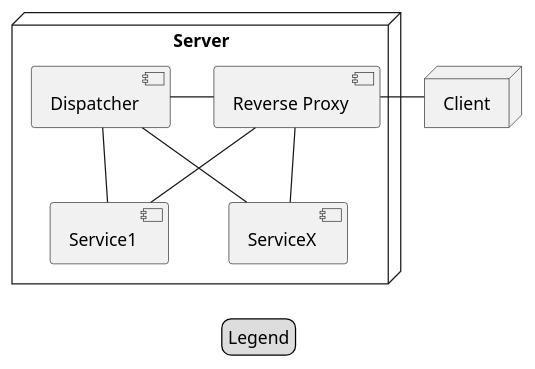
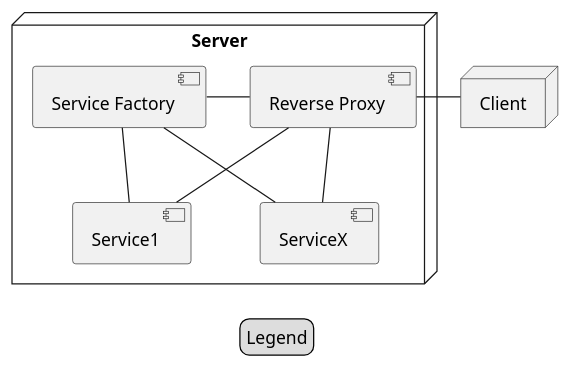
One commit to traderbook/documentation changed the diagram in dev-docs/specs/techniques/stddispatcher.adoc. Above: the diagram before and after it, drawn with PlantUML. The commit also changed other lines of this file, not shown here.

```diff
--- a/dev-docs/specs/techniques/stddispatcher.adoc
+++ b/dev-docs/specs/techniques/stddispatcher.adoc
@@ -8,23 +8,23 @@
 [plantuml, format="svg", role="right"]
 ....
 legend
 Legend
 endlegend
 
 node Client
 
 node Server {
     component "Reverse Proxy" as ReverseProxy
-    component Dispatcher
+    component "Service Factory" as ServiceFactory
     component Service1
     component ServiceX
 
-    ReverseProxy -left- Dispatcher
-    Dispatcher -down- Service1
-    Dispatcher -down- ServiceX
+    ReverseProxy -left- ServiceFactory
+    ServiceFactory -down- Service1
+    ServiceFactory -down- ServiceX
     ReverseProxy -down- Service1
     ReverseProxy -down- ServiceX
 }
 
 Client -right- ReverseProxy
 ....
```
